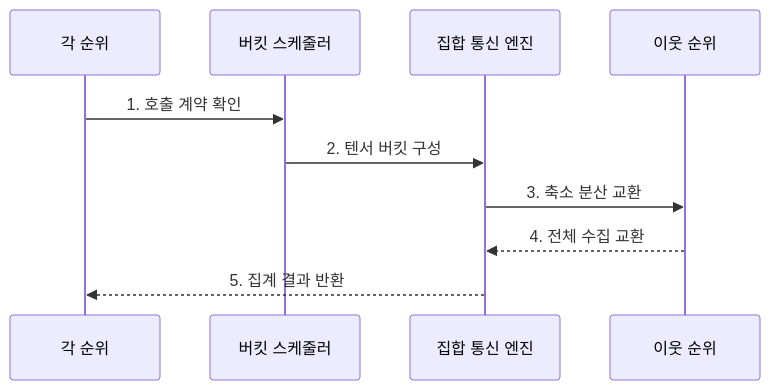
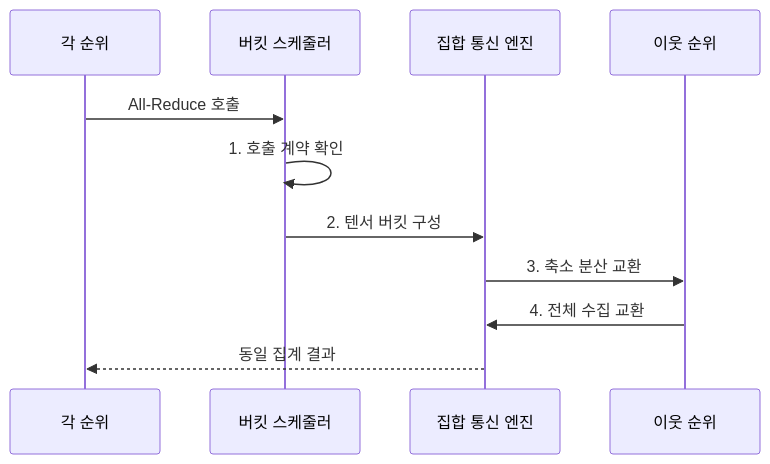
Before and after one commit to agnusdei1207/knowledge-base: the second of 2 diagrams in src/content/docs/notes/04-network/106_all_reduce_collective_communication.md, drawn with Mermaid. The commit also changed other lines of this file and 16 other files, not shown here.

````diff
--- a/src/content/docs/notes/04-network/106_all_reduce_collective_communication.md
+++ b/src/content/docs/notes/04-network/106_all_reduce_collective_communication.md
@@ -84,12 +86,13 @@
 ```mermaid
 sequenceDiagram
     participant R as 각 순위
     participant S as 버킷 스케줄러
     participant C as 집합 통신 엔진
     participant N as 이웃 순위
-    R->>S: 1. 호출 계약 확인
+    R->>S: All-Reduce 호출
+    S->>S: 1. 호출 계약 확인
     S->>C: 2. 텐서 버킷 구성
     C->>N: 3. 축소 분산 교환
-    N-->>C: 4. 전체 수집 교환
-    C-->>R: 5. 집계 결과 반환
+    N->>C: 4. 전체 수집 교환
+    C-->>R: 동일 집계 결과
 ```
````
